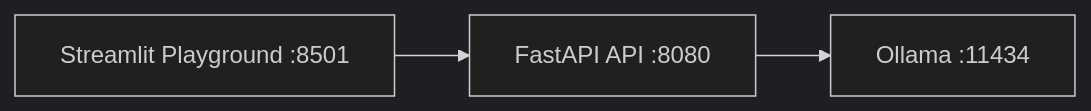
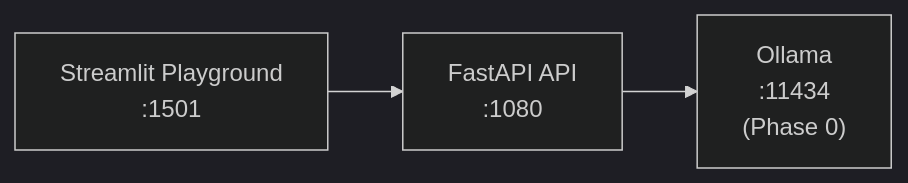
The diagram in README.md (adityonugrohoid/ollama-multi-llm-server), drawn with Mermaid (dark theme) before and after one commit. The commit also changed other lines of this file and 6 other files, not shown here.

First line of the commit message:
refactor: migrate Ollama to Phase 0, port remap to 1xxx, update README

````diff
--- a/README.md
+++ b/README.md
@@ -34,4 +34,5 @@
 ```mermaid
 graph LR
-    A["Streamlit Playground :8501"] --> B["FastAPI API :8080"] --> C["Ollama :11434"]
+    UI["Streamlit Playground<br/>:1501"] --> API["FastAPI API<br/>:1080"]
+    API --> Ollama["Ollama<br/>:11434<br/>(Phase 0)"]
 ```
````
